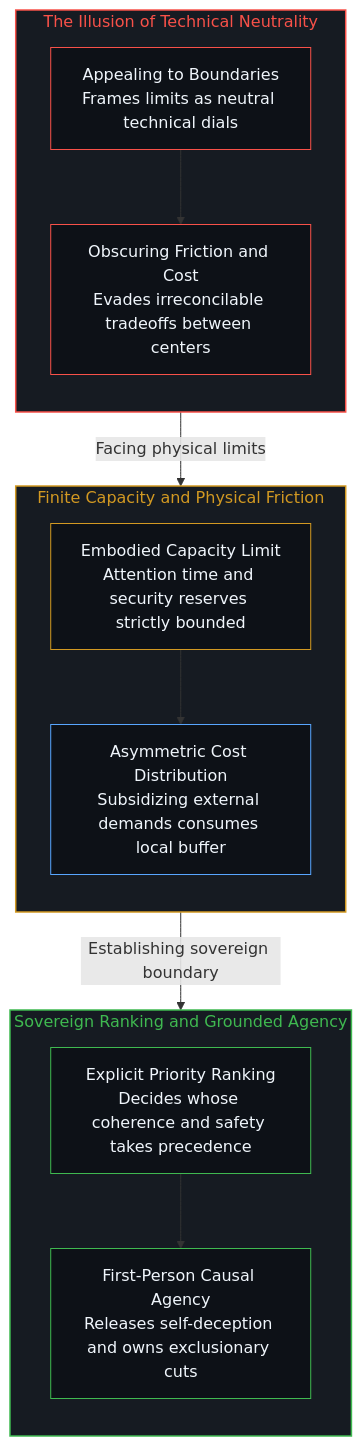
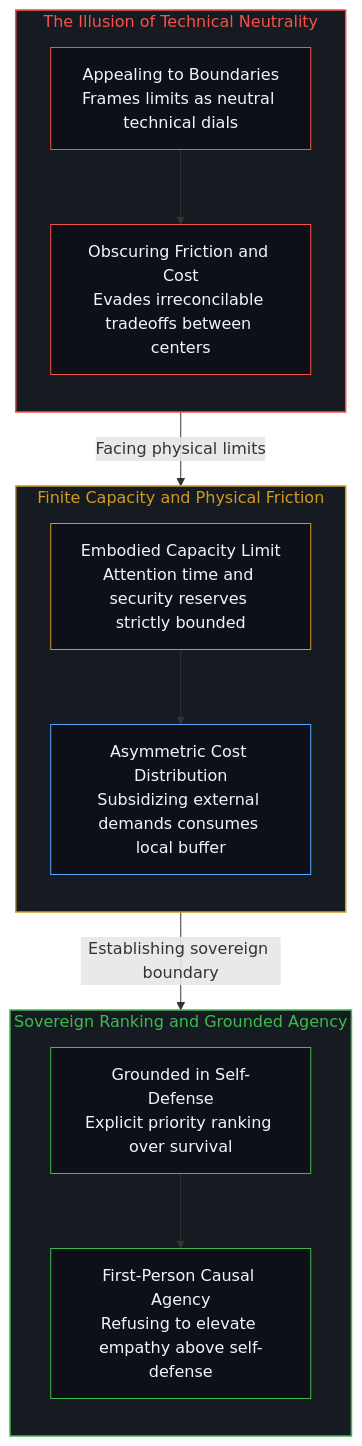
The fourth of 4 diagrams in content/posts/the-capability-reversal-of-empathy-and-the-contest-of-boundaries.md (powerpig99/not-a-toe), drawn with Mermaid before and after one commit. The commit also changed other lines of this file and 4 other files, not shown here.

Commit message:
Refine Post #345: Performative contradiction of hate and empathy definitionally suicidal above self-defense

````diff
--- a/content/posts/the-capability-reversal-of-empathy-and-the-contest-of-boundaries.md
+++ b/content/posts/the-capability-reversal-of-empathy-and-the-contest-of-boundaries.md
@@ -145,31 +153,31 @@
 ```mermaid
 graph TD
     subgraph S_Illusion ["The Illusion of Technical Neutrality"]
         direction TB
         ILL1["Appealing to Boundaries<br/>Frames limits as neutral technical dials"] --> ILL2["Obscuring Friction and Cost<br/>Evades irreconcilable tradeoffs between centers"]
     end
 
     subgraph S_Capacity ["Finite Capacity and Physical Friction"]
         direction TB
         CAP1["Embodied Capacity Limit<br/>Attention time and security reserves strictly bounded"] --> CAP2["Asymmetric Cost Distribution<br/>Subsidizing external demands consumes local buffer"]
     end
 
     subgraph S_Sovereignty ["Sovereign Ranking and Grounded Agency"]
         direction TB
-        SOV1["Explicit Priority Ranking<br/>Decides whose coherence and safety takes precedence"] --> SOV2["First-Person Causal Agency<br/>Releases self-deception and owns exclusionary cuts"]
+        SOV1["Grounded in Self-Defense<br/>Explicit priority ranking over survival"] --> SOV2["First-Person Causal Agency<br/>Refusing to elevate empathy above self-defense"]
     end
 
     ILL2 -->|"Facing physical limits"| CAP1
     CAP2 -->|"Establishing sovereign boundary"| SOV1
 
     style S_Illusion fill:#161b22,stroke:#f85149,stroke-width:1.5px,color:#f85149
     style S_Capacity fill:#161b22,stroke:#d29922,stroke-width:1.5px,color:#d29922
     style S_Sovereignty fill:#161b22,stroke:#3fb950,stroke-width:1.5px,color:#3fb950
 
     style ILL1 fill:#0d1117,stroke:#f85149,stroke-width:1px,color:#f0f6fc
     style ILL2 fill:#0d1117,stroke:#f85149,stroke-width:1px,color:#f0f6fc
     style CAP1 fill:#0d1117,stroke:#d29922,stroke-width:1px,color:#f0f6fc
     style CAP2 fill:#0d1117,stroke:#58a6ff,stroke-width:1px,color:#f0f6fc
     style SOV1 fill:#0d1117,stroke:#3fb950,stroke-width:1px,color:#f0f6fc
     style SOV2 fill:#0d1117,stroke:#3fb950,stroke-width:1px,color:#f0f6fc
 ```
````
